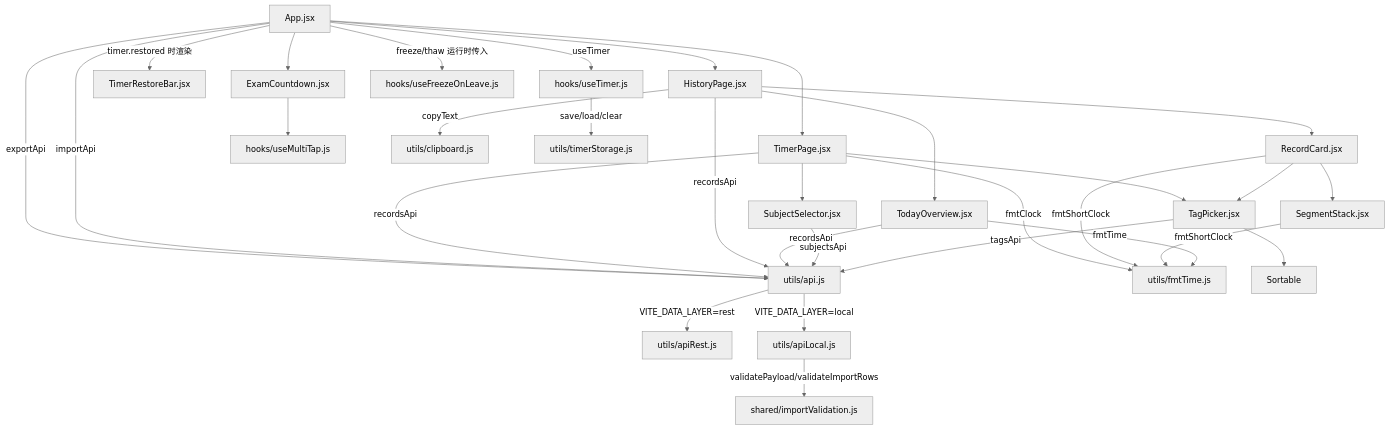
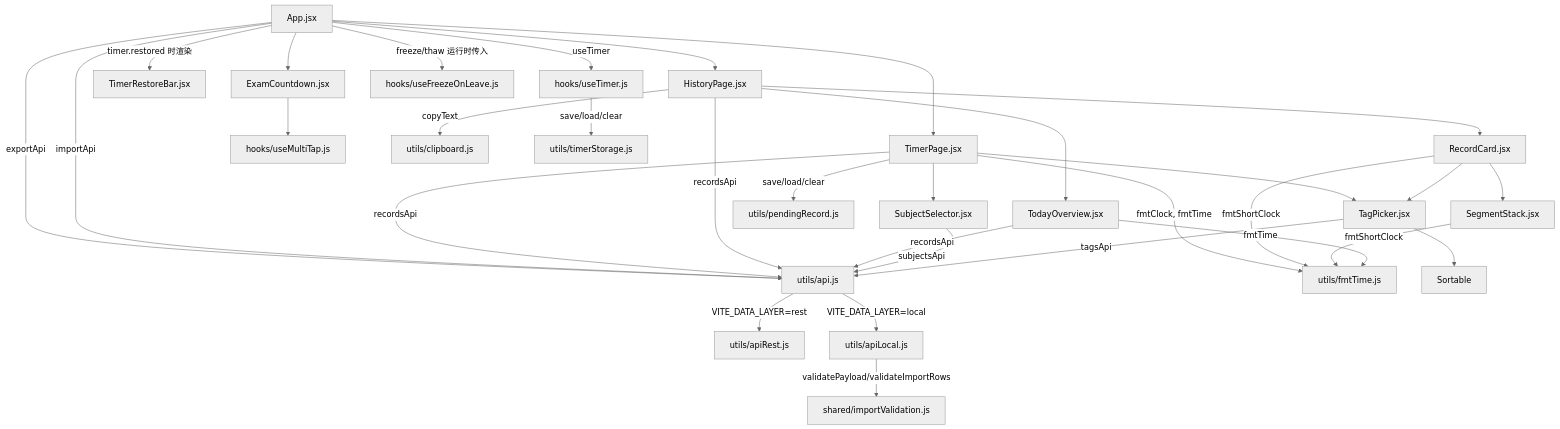
Before and after one commit to baobingwen/FOCUS: the diagram in code/client/docs/CODE_STRUCTURE.md, drawn with Mermaid (neutral theme). The commit also changed other lines of this file and 14 other files, not shown here.

````diff
--- a/code/client/docs/CODE_STRUCTURE.md
+++ b/code/client/docs/CODE_STRUCTURE.md
@@ -9,69 +9,71 @@
 ```mermaid
 graph TD
     %% 组件
     App[App.jsx]
     TimerPage[TimerPage.jsx]
     HistoryPage[HistoryPage.jsx]
     RecordCard[RecordCard.jsx]
     SegmentStack[SegmentStack.jsx]
     SubjectSelector[SubjectSelector.jsx]
     TagPicker[TagPicker.jsx]
     TodayOverview[TodayOverview.jsx]
     ExamCountdown[ExamCountdown.jsx]
     TimerRestoreBar[TimerRestoreBar.jsx]
     %% hooks
     useTimer[hooks/useTimer.js]
     useFreeze[hooks/useFreezeOnLeave.js]
     useMultiTap[hooks/useMultiTap.js]
     %% utils
     api[utils/api.js]
     apiRest[utils/apiRest.js]
     apiLocal[utils/apiLocal.js]
     importValidation[shared/importValidation.js]
     clipboard[utils/clipboard.js]
     fmtTime[utils/fmtTime.js]
     timerStorage[utils/timerStorage.js]
+    pendingRecord[utils/pendingRecord.js]
 
     App -->|useTimer| useTimer
     App -->|freeze/thaw 运行时传入| useFreeze
     App --> TimerPage
     App --> HistoryPage
     App --> ExamCountdown
     App -->|timer.restored 时渲染| TimerRestoreBar
     App -->|exportApi| api
     App -->|importApi| api
 
     useTimer -->|save/load/clear| timerStorage
 
     TimerPage --> SubjectSelector
     TimerPage --> TagPicker
     TimerPage -->|recordsApi| api
-    TimerPage -->|fmtClock| fmtTime
+    TimerPage -->|fmtClock, fmtTime| fmtTime
+    TimerPage -->|save/load/clear| pendingRecord
 
     HistoryPage --> TodayOverview
     HistoryPage --> RecordCard
     HistoryPage -->|recordsApi| api
     HistoryPage -->|copyText| clipboard
 
     RecordCard --> TagPicker
     RecordCard --> SegmentStack
     RecordCard -->|fmtShortClock| fmtTime
 
     SegmentStack -->|fmtShortClock| fmtTime
 
     TodayOverview -->|recordsApi| api
     TodayOverview -->|fmtTime| fmtTime
 
     SubjectSelector -->|subjectsApi| api
     TagPicker -->|tagsApi| api
     TagPicker --> Sortable
 
     ExamCountdown --> useMultiTap
 
     %% 数据层分发：组件只依赖 api 统一入口
     api -->|VITE_DATA_LAYER=rest| apiRest
     api -->|VITE_DATA_LAYER=local| apiLocal
 
     %% 共享校验：双版本共用（服务端 import.js 亦引用同一模块）
     apiLocal -->|validatePayload/validateImportRows| importValidation
 ```
````
